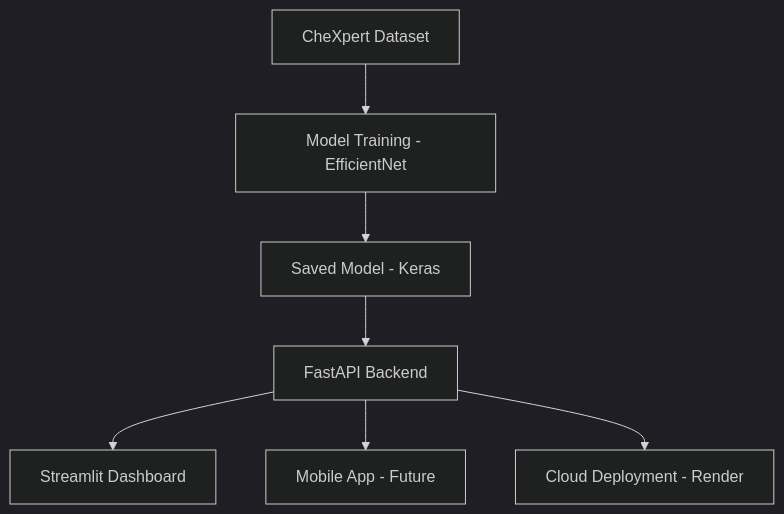
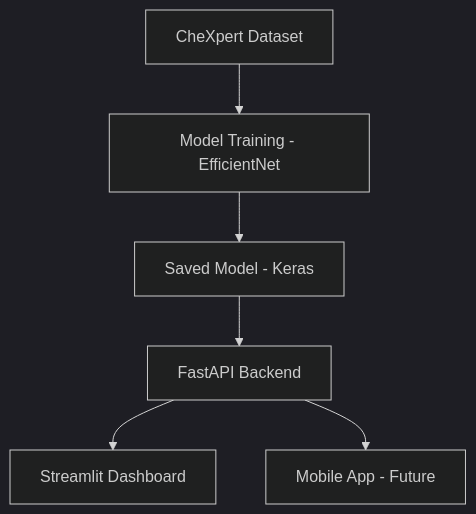
One commit to Jaimboh/smart_scan_project changed the diagram in README.md. Above: the diagram before and after it, drawn with Mermaid (dark theme). The commit also changed other lines of this file, not shown here.

````diff
--- a/README.md
+++ b/README.md
@@ -178,10 +162,9 @@
 ```mermaid
 graph TD
     A[CheXpert Dataset] --> B[Model Training - EfficientNet]
     B --> C[Saved Model - Keras]
     C --> D[FastAPI Backend]
     D --> E[Streamlit Dashboard]
     D --> F[Mobile App - Future]
-    D --> G[Cloud Deployment - Render]
 
 ```
````
